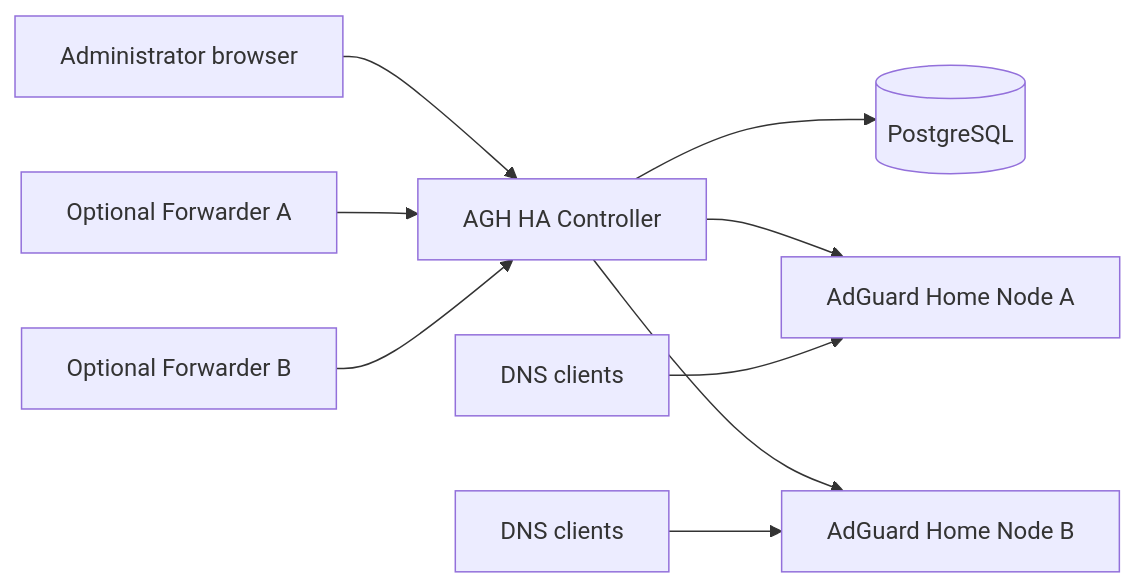
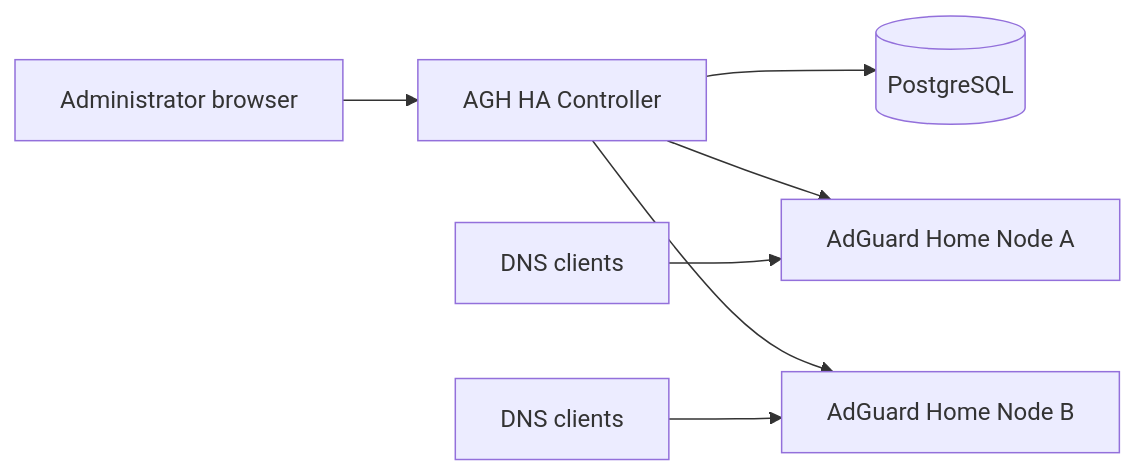
Before and after one commit to benchristian88/agh-ha-controller: the first of 2 diagrams in docs/architecture/architecture.md, drawn with Mermaid. The commit also changed other lines of this file and 74 other files, not shown here.

````diff
--- a/docs/architecture/architecture.md
+++ b/docs/architecture/architecture.md
@@ -11,11 +11,9 @@
 ```mermaid
 flowchart LR
     U[Administrator browser] --> C[AGH HA Controller]
     C --> DB[(PostgreSQL)]
     C --> A[AdGuard Home Node A]
     C --> B[AdGuard Home Node B]
-    F1[Optional Forwarder A] --> C
-    F2[Optional Forwarder B] --> C
     DNS1[DNS clients] --> A
     DNS2[DNS clients] --> B
 ```
````
